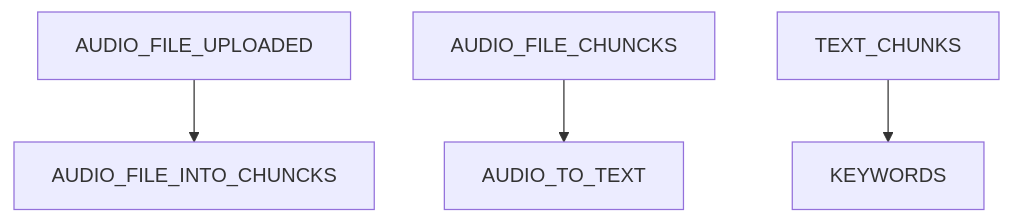
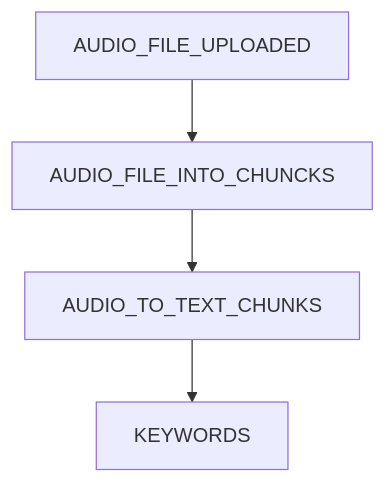
Before and after one commit to jayaram87/Speech_word_extractor: the diagram in README.md, drawn with Mermaid.

````diff
--- a/README.md
+++ b/README.md
@@ -16,6 +16,4 @@
 ```mermaid
 graph TD;
-    AUDIO_FILE_UPLOADED-->AUDIO_FILE_INTO_CHUNCKS;
-    AUDIO_FILE_CHUNCKS-->AUDIO_TO_TEXT;
-    TEXT_CHUNKS-->KEYWORDS;
+    AUDIO_FILE_UPLOADED-->AUDIO_FILE_INTO_CHUNCKS-->AUDIO_TO_TEXT_CHUNKS-->KEYWORDS;
 ```
````
